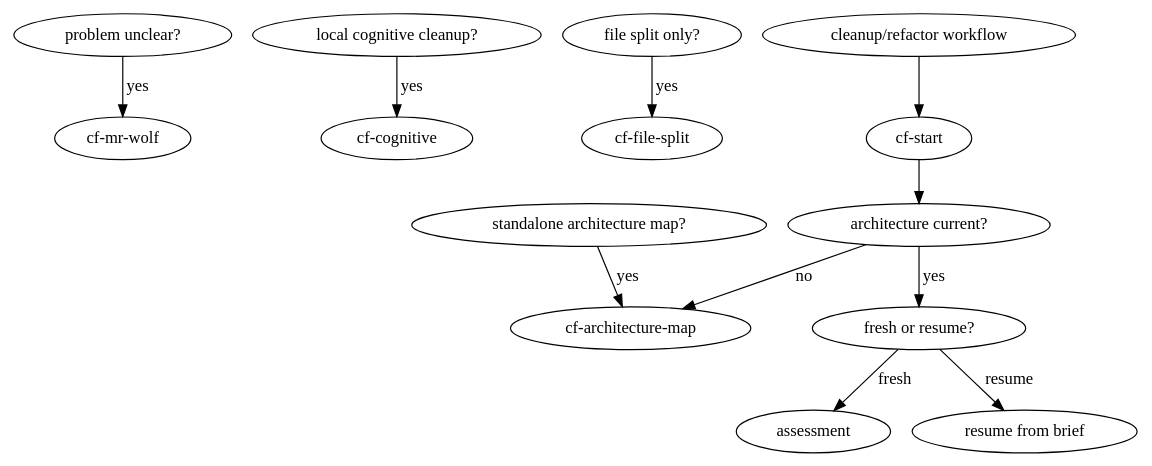
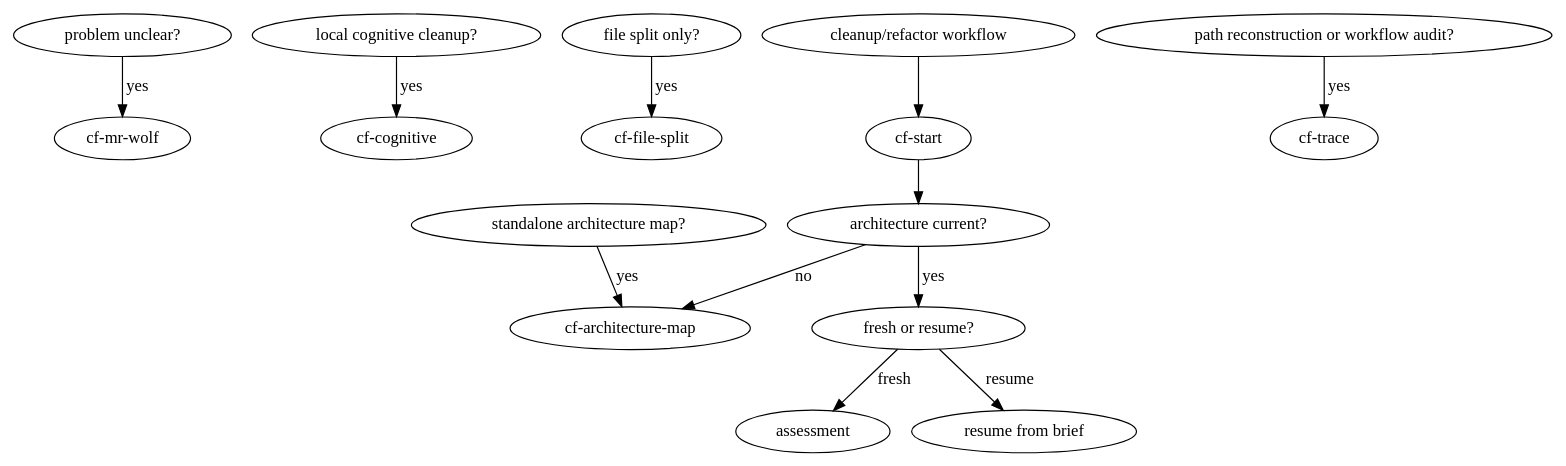
One commit to gualask/clean-flow changed the first of 2 diagrams in skills/cf-start/SKILL.md. Above: the diagram before and after it, drawn with Graphviz. The commit also changed other lines of this file and 14 other files, not shown here.

````diff
--- a/skills/cf-start/SKILL.md
+++ b/skills/cf-start/SKILL.md
@@ -22,15 +22,16 @@
 ```dot
 digraph cflow_entry {
   "problem unclear?" -> "cf-mr-wolf" [label="yes"];
   "local cognitive cleanup?" -> "cf-cognitive" [label="yes"];
   "file split only?" -> "cf-file-split" [label="yes"];
   "standalone architecture map?" -> "cf-architecture-map" [label="yes"];
+  "path reconstruction or workflow audit?" -> "cf-trace" [label="yes"];
   "cleanup/refactor workflow" -> "cf-start";
 
   "cf-start" -> "architecture current?";
   "architecture current?" -> "cf-architecture-map" [label="no"];
   "architecture current?" -> "fresh or resume?" [label="yes"];
   "fresh or resume?" -> "assessment" [label="fresh"];
   "fresh or resume?" -> "resume from brief" [label="resume"];
 }
 ```
````
